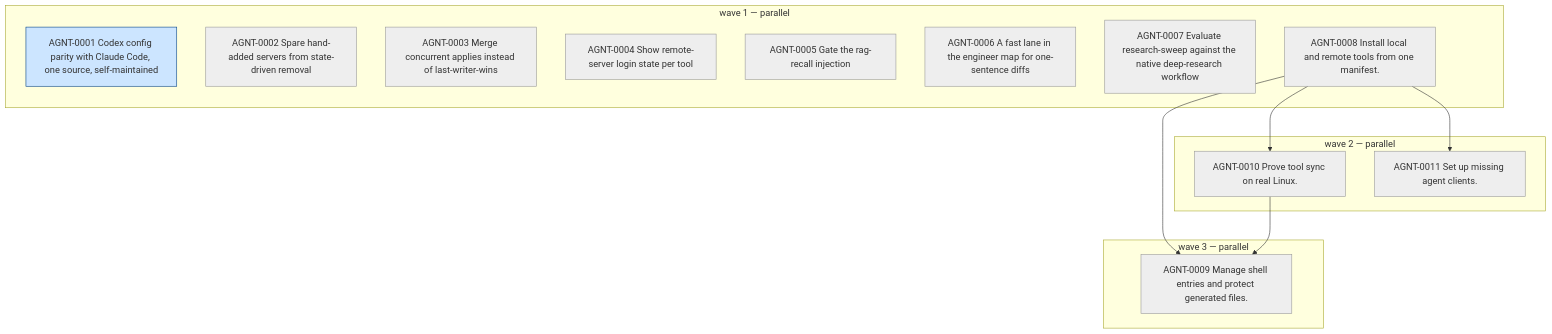
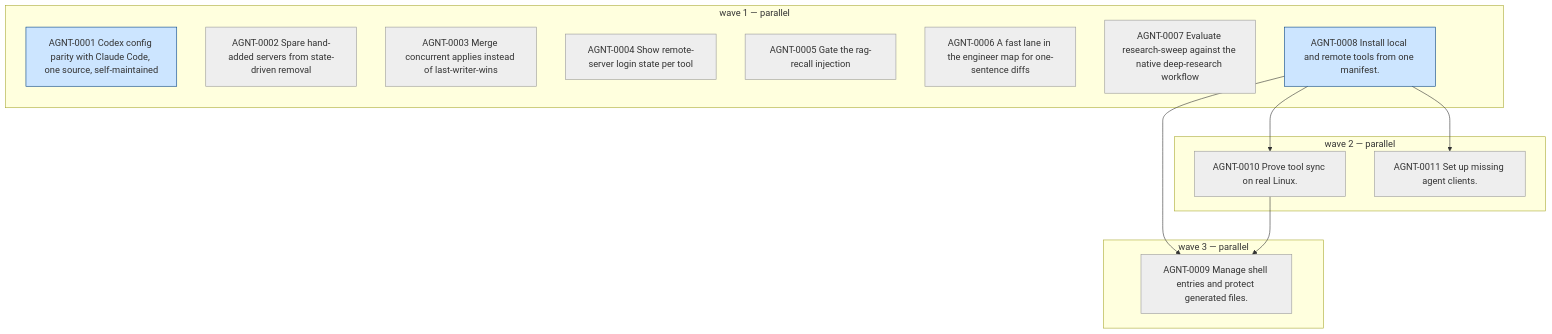
The diagram in .map/roadmap.mmd (OwaisQuadri/agents), drawn with Mermaid before and after one commit. The commit also changed 8 other files, not shown here.

```diff
--- a/.map/roadmap.mmd
+++ b/.map/roadmap.mmd
@@ -1,27 +1,27 @@
 flowchart TD
   classDef todo fill:#eeeeee,stroke:#999999
   classDef inprogress fill:#fff3cd,stroke:#b8860b
   classDef resolved fill:#cce5ff,stroke:#004085
   classDef done fill:#d4edda,stroke:#155724
   classDef cancelled fill:#f8d7da,stroke:#721c24,stroke-dasharray: 5 5
   subgraph wave1 ["wave 1 — parallel"]
     AGNT_0001["AGNT-0001 Codex config parity with Claude Code, one source, self-maintained"]:::resolved
     AGNT_0002["AGNT-0002 Spare hand-added servers from state-driven removal"]:::todo
     AGNT_0003["AGNT-0003 Merge concurrent applies instead of last-writer-wins"]:::todo
     AGNT_0004["AGNT-0004 Show remote-server login state per tool"]:::todo
     AGNT_0005["AGNT-0005 Gate the rag-recall injection"]:::todo
     AGNT_0006["AGNT-0006 A fast lane in the engineer map for one-sentence diffs"]:::todo
     AGNT_0007["AGNT-0007 Evaluate research-sweep against the native deep-research workflow"]:::todo
-    AGNT_0008["AGNT-0008 Install local and remote tools from one manifest."]:::todo
+    AGNT_0008["AGNT-0008 Install local and remote tools from one manifest."]:::resolved
   end
   subgraph wave2 ["wave 2 — parallel"]
     AGNT_0010["AGNT-0010 Prove tool sync on real Linux."]:::todo
     AGNT_0011["AGNT-0011 Set up missing agent clients."]:::todo
   end
   subgraph wave3 ["wave 3 — parallel"]
     AGNT_0009["AGNT-0009 Manage shell entries and protect generated files."]:::todo
   end
   AGNT_0008 --> AGNT_0009
   AGNT_0010 --> AGNT_0009
   AGNT_0008 --> AGNT_0010
   AGNT_0008 --> AGNT_0011
```
